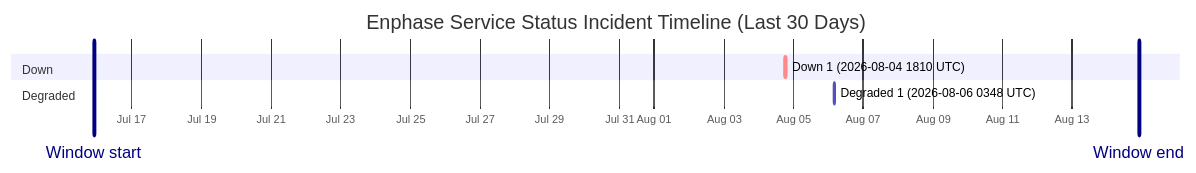
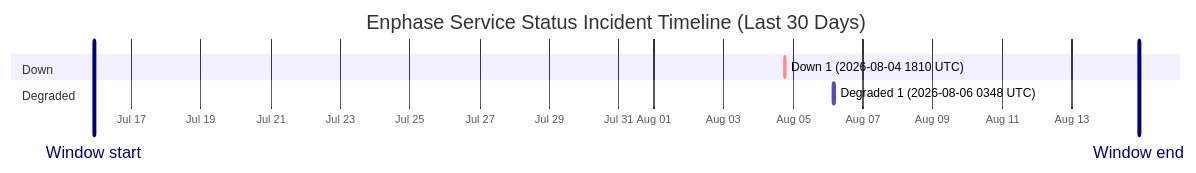
One commit to barneyonline/ha-enphase-energy changed the diagram in wiki/Service-Status-History.md. Above: the diagram before and after it, drawn with Mermaid. The commit also changed other lines of this file and 3 other files, not shown here.

````diff
--- a/wiki/Service-Status-History.md
+++ b/wiki/Service-Status-History.md
@@ -14,12 +14,12 @@
 ```mermaid
 gantt
     title Enphase Service Status Incident Timeline (Last 30 Days)
     dateFormat  YYYY-MM-DDTHH:mm:ss
     axisFormat  %b %d
-    Window start :vert, window-start, 2026-07-15T21:51:42, 0ms
-    Window end :vert, window-end, 2026-08-14T21:51:42, 0ms
+    Window start :vert, window-start, 2026-07-15T22:20:22, 0ms
+    Window end :vert, window-end, 2026-08-14T22:20:22, 0ms
     section Down
     Down 1 (2026-08-04 1810 UTC) :crit, down-1, 2026-08-04T18:10:46, 60m
     section Degraded
     Degraded 1 (2026-08-06 0348 UTC) :active, degraded-1, 2026-08-06T03:48:14, 60m
 ```
````
